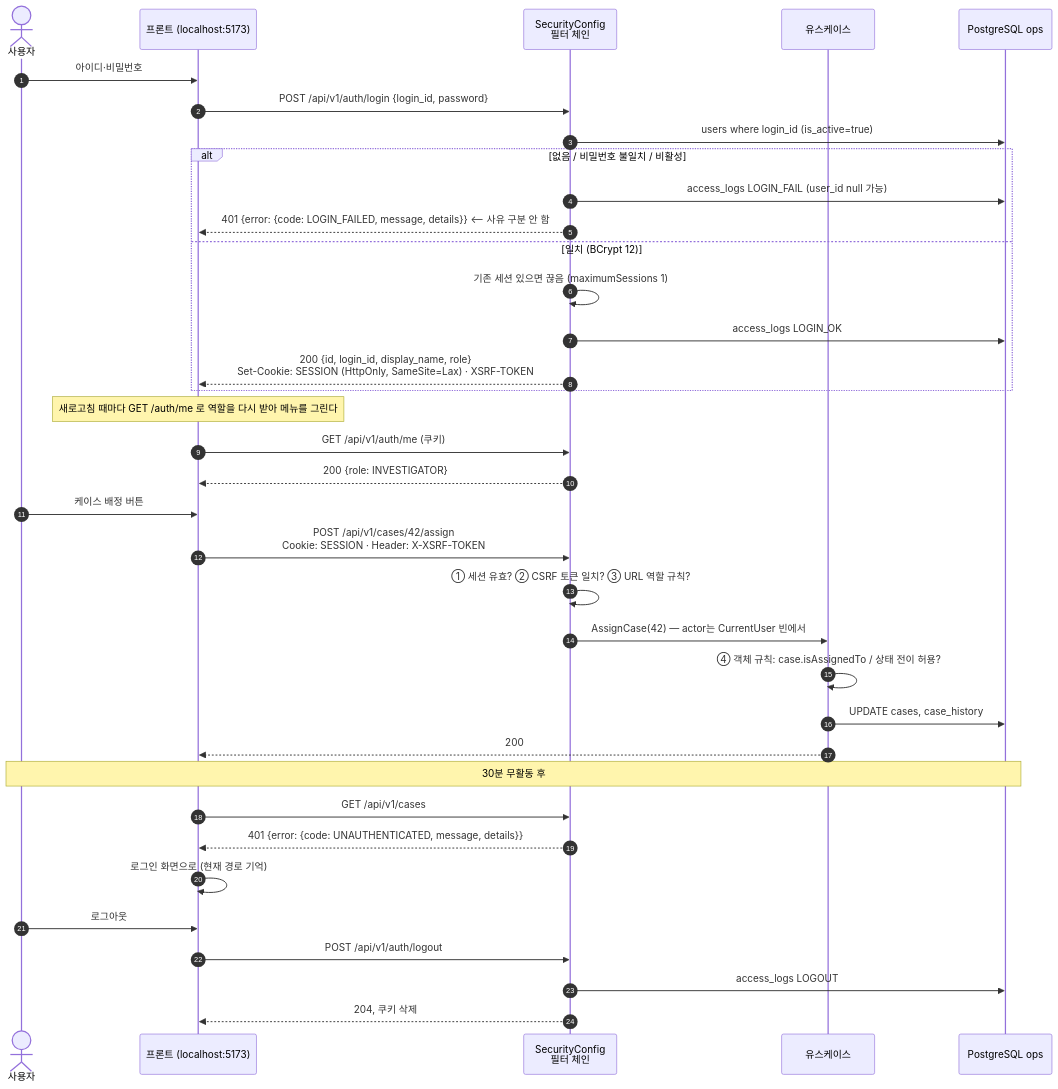
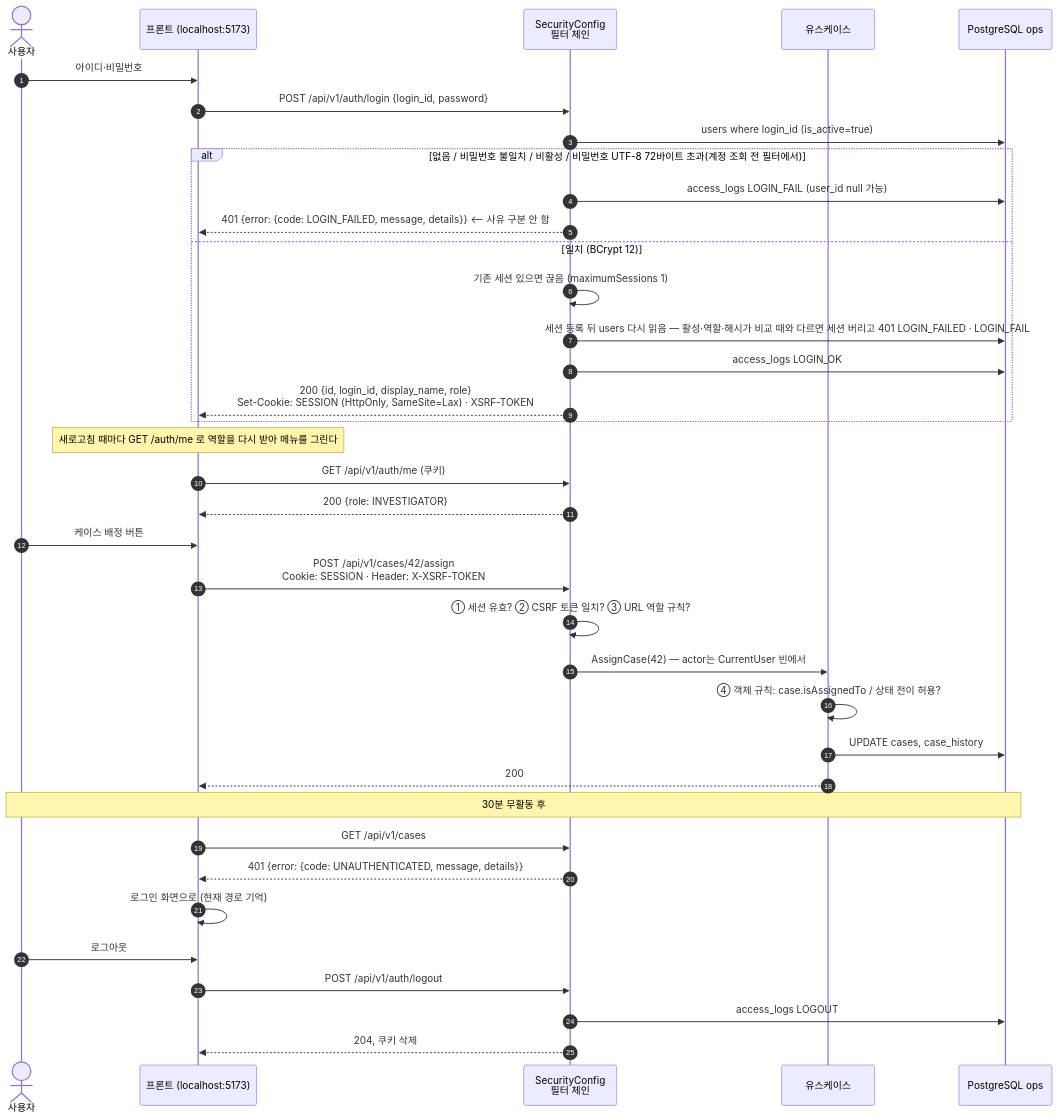
The first of 3 diagrams in docs/flows/05_login_auth.md (dajaba-team/dajaba-backend), drawn with Mermaid before and after one commit. The commit also changed other lines of this file and 28 other files, not shown here.

````diff
--- a/docs/flows/05_login_auth.md
+++ b/docs/flows/05_login_auth.md
@@ -7,43 +7,44 @@
 ```mermaid
 sequenceDiagram
     autonumber
     actor U as 사용자
     participant FE as 프론트 (localhost:5173)
     participant SEC as SecurityConfig<br/>필터 체인
     participant UC as 유스케이스
     participant DB as PostgreSQL ops
 
     U->>FE: 아이디·비밀번호
     FE->>SEC: POST /api/v1/auth/login {login_id, password}
     SEC->>DB: users where login_id (is_active=true)
-    alt 없음 / 비밀번호 불일치 / 비활성
+    alt 없음 / 비밀번호 불일치 / 비활성 / 비밀번호 UTF-8 72바이트 초과(계정 조회 전 필터에서)
         SEC->>DB: access_logs LOGIN_FAIL (user_id null 가능)
         SEC-->>FE: 401 {error: {code: LOGIN_FAILED, message, details}}  ⟵ 사유 구분 안 함
     else 일치 (BCrypt 12)
         SEC->>SEC: 기존 세션 있으면 끊음 (maximumSessions 1)
+        SEC->>DB: 세션 등록 뒤 users 다시 읽음 — 활성·역할·해시가 비교 때와 다르면 세션 버리고 401 LOGIN_FAILED · LOGIN_FAIL
         SEC->>DB: access_logs LOGIN_OK
         SEC-->>FE: 200 {id, login_id, display_name, role}<br/>Set-Cookie: SESSION (HttpOnly, SameSite=Lax) · XSRF-TOKEN
     end
 
     note over FE: 새로고침 때마다 GET /auth/me 로 역할을 다시 받아 메뉴를 그린다
     FE->>SEC: GET /api/v1/auth/me (쿠키)
     SEC-->>FE: 200 {role: INVESTIGATOR}
 
     U->>FE: 케이스 배정 버튼
     FE->>SEC: POST /api/v1/cases/42/assign<br/>Cookie: SESSION · Header: X-XSRF-TOKEN
     SEC->>SEC: ① 세션 유효? ② CSRF 토큰 일치? ③ URL 역할 규칙?
     SEC->>UC: AssignCase(42)  — actor는 CurrentUser 빈에서
     UC->>UC: ④ 객체 규칙: case.isAssignedTo / 상태 전이 허용?
     UC->>DB: UPDATE cases, case_history
     UC-->>FE: 200
 
     note over U,DB: 30분 무활동 후
     FE->>SEC: GET /api/v1/cases
     SEC-->>FE: 401 {error: {code: UNAUTHENTICATED, message, details}}
     FE->>FE: 로그인 화면으로 (현재 경로 기억)
 
     U->>FE: 로그아웃
     FE->>SEC: POST /api/v1/auth/logout
     SEC->>DB: access_logs LOGOUT
     SEC-->>FE: 204, 쿠키 삭제
 ```
````
